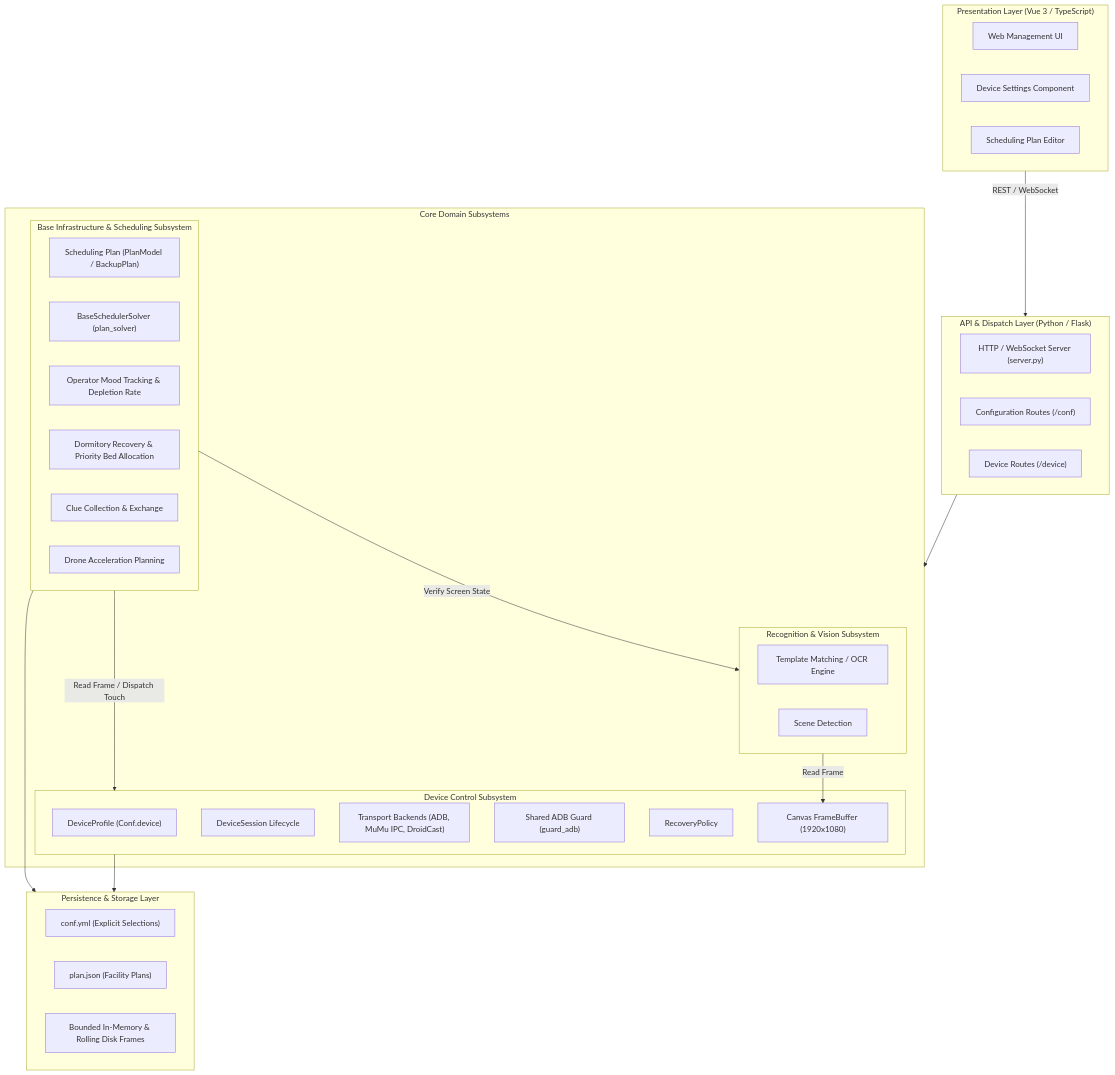
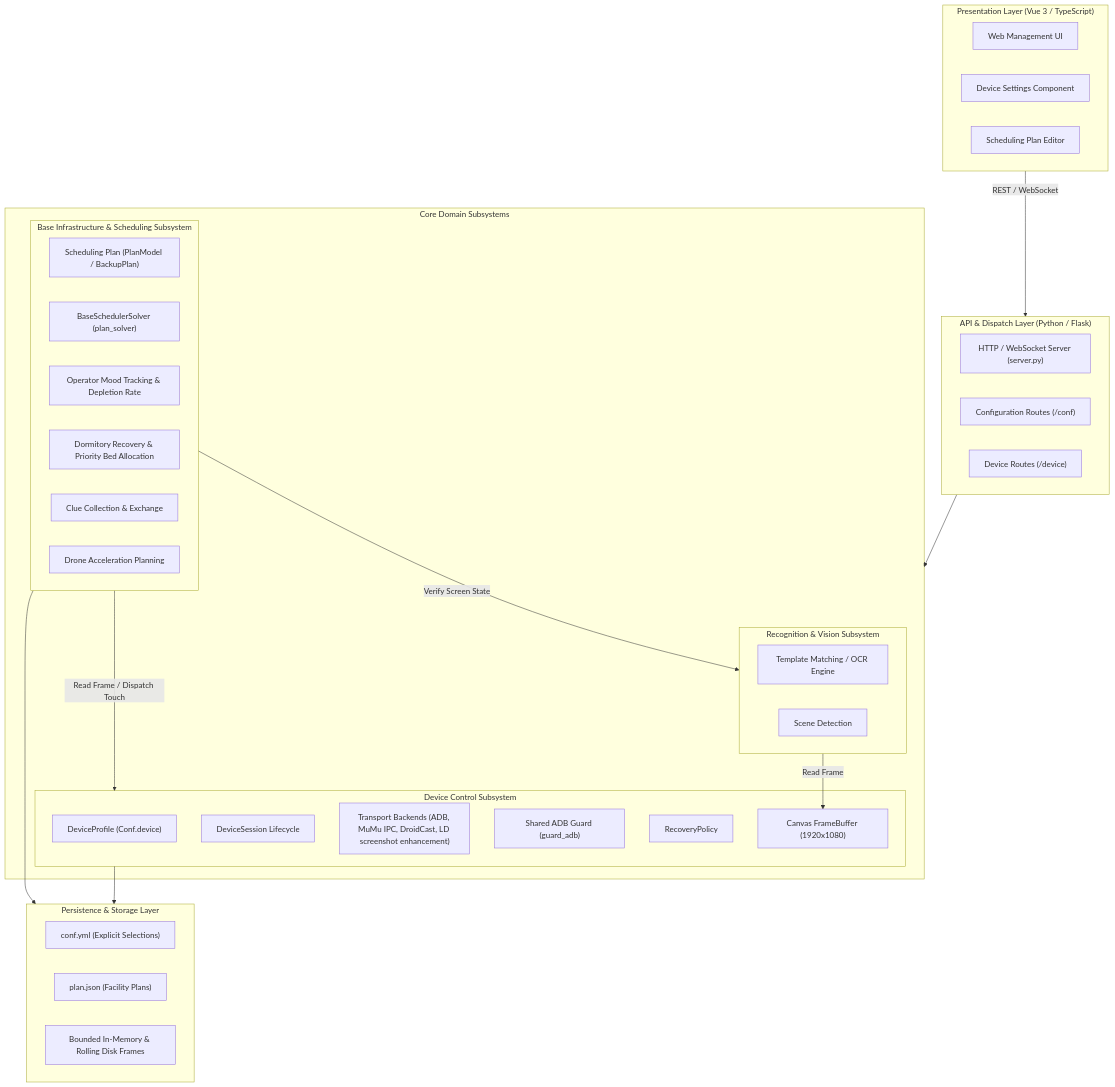
The diagram in docs/architecture.md (ArkMowers/arknights-mower), drawn with Mermaid before and after one commit. The commit also changed 262 other files, not shown here.

````diff
--- a/docs/architecture.md
+++ b/docs/architecture.md
@@ -5,53 +5,53 @@
 ```mermaid
 flowchart TD
     subgraph UI ["Presentation Layer (Vue 3 / TypeScript)"]
         WebUI["Web Management UI"]
         DeviceSettings["Device Settings Component"]
         PlanEditor["Scheduling Plan Editor"]
     end
 
     subgraph Service ["API & Dispatch Layer (Python / Flask)"]
         Server["HTTP / WebSocket Server (server.py)"]
         ConfRouter["Configuration Routes (/conf)"]
         DeviceRouter["Device Routes (/device)"]
     end
 
     subgraph Subsystems ["Core Domain Subsystems"]
         subgraph DeviceSubsystem ["Device Control Subsystem"]
             Profile["DeviceProfile (Conf.device)"]
             Session["DeviceSession Lifecycle"]
-            Transport["Transport Backends (ADB, MuMu IPC, DroidCast)"]
+            Transport["Transport Backends (ADB, MuMu IPC, DroidCast, LD screenshot enhancement)"]
             SharedAdb["Shared ADB Guard (guard_adb)"]
             Recovery["RecoveryPolicy"]
             Buffer["Canvas FrameBuffer (1920x1080)"]
         end
 
         subgraph BaseSubsystem ["Base Infrastructure & Scheduling Subsystem"]
             Plan["Scheduling Plan (PlanModel / BackupPlan)"]
             Scheduler["BaseSchedulerSolver (plan_solver)"]
             Mood["Operator Mood Tracking & Depletion Rate"]
             Dorm["Dormitory Recovery & Priority Bed Allocation"]
             Clue["Clue Collection & Exchange"]
             Drone["Drone Acceleration Planning"]
         end
 
         subgraph RecSubsystem ["Recognition & Vision Subsystem"]
             Matcher["Template Matching / OCR Engine"]
             Scene["Scene Detection"]
         end
     end
 
     subgraph Persistence ["Persistence & Storage Layer"]
         ConfFile["conf.yml (Explicit Selections)"]
         PlanFile["plan.json (Facility Plans)"]
         RingBuffer["Bounded In-Memory & Rolling Disk Frames"]
     end
 
     UI -->|REST / WebSocket| Service
     Service --> Subsystems
     DeviceSubsystem --> Persistence
     BaseSubsystem --> Persistence
     BaseSubsystem -->|Read Frame / Dispatch Touch| DeviceSubsystem
     BaseSubsystem -->|Verify Screen State| RecSubsystem
     RecSubsystem -->|Read Frame| Buffer
 ```
````
